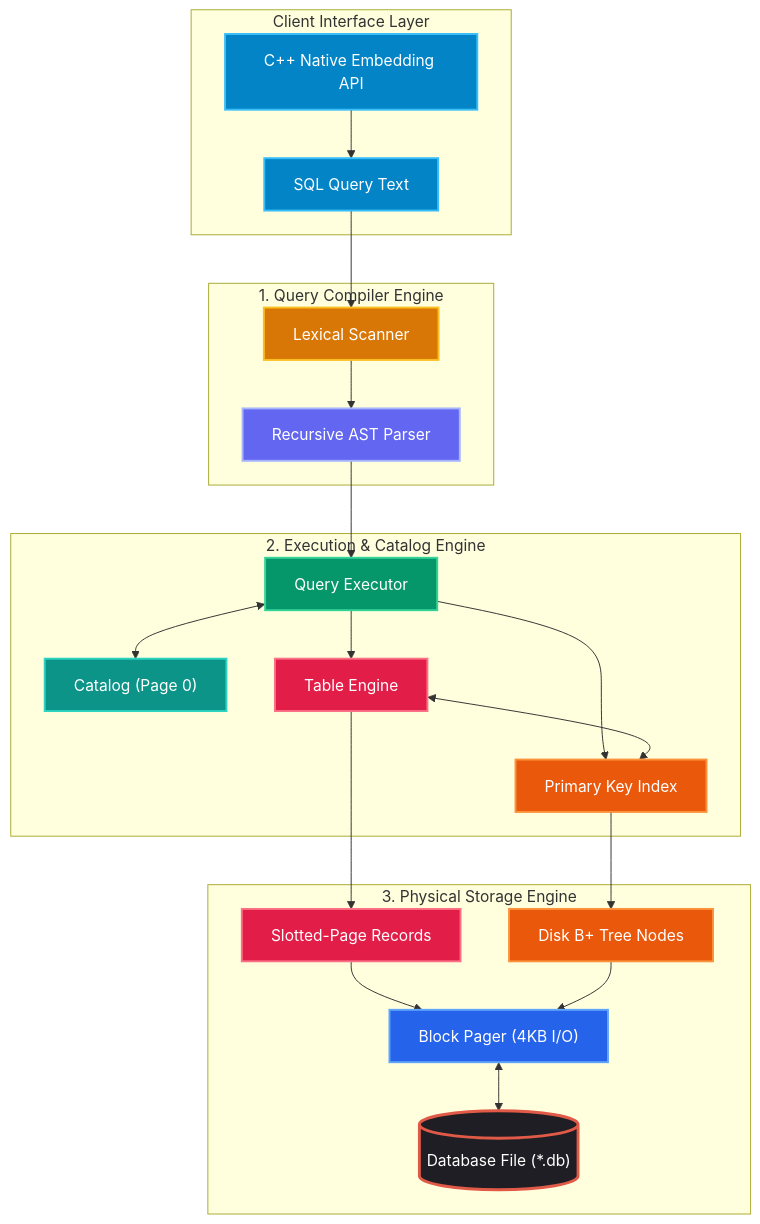
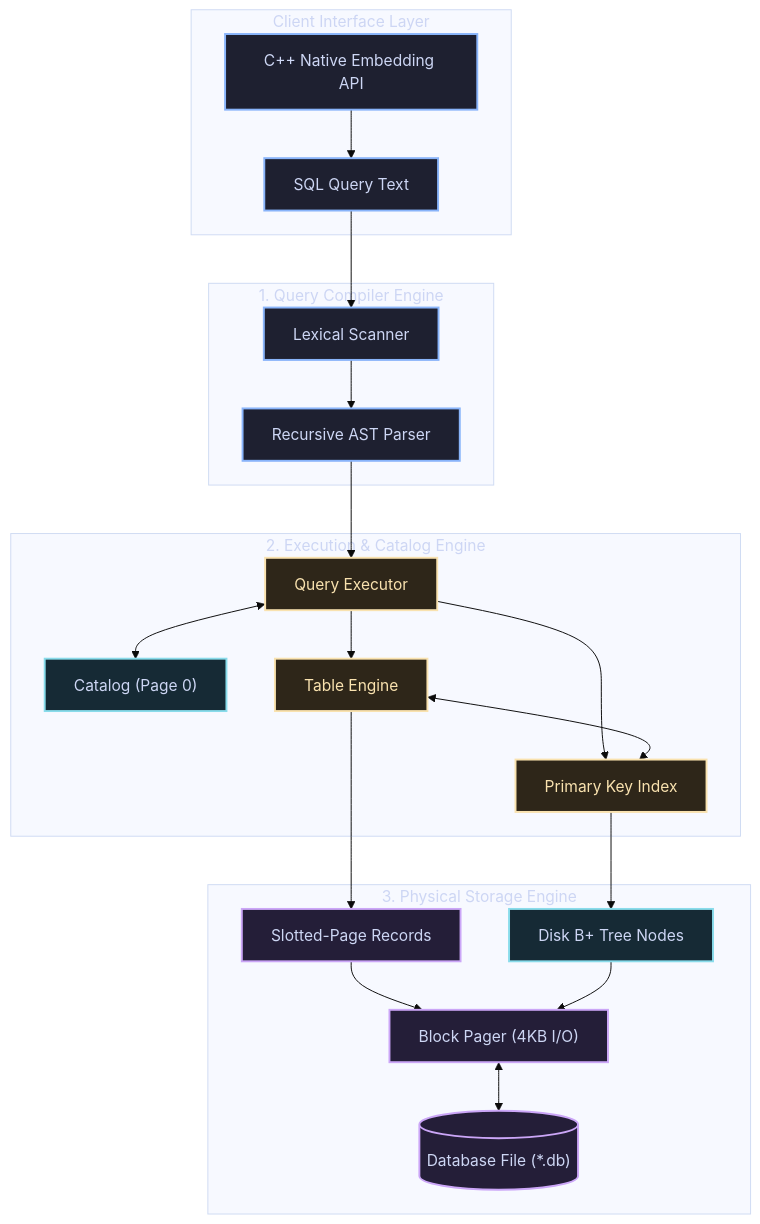
One commit to KAAZamapiloT/QUARTZ_DB changed the diagram in README.md. Above: the diagram before and after it, drawn with Mermaid. The commit also changed 18 other files, not shown here.

````diff
--- a/README.md
+++ b/README.md
@@ -30,52 +30,50 @@
 ```mermaid
+%%{init: {'theme': 'base', 'themeVariables': {'edgeLabelBackground': '#1e1e2e', 'tertiaryTextColor': '#cdd6f4'}}}%%
 flowchart TB
-    classDef client fill:#0284c7,stroke:#38bdf8,stroke-width:2px,color:#ffffff;
-    classDef lexer fill:#d97706,stroke:#fbbf24,stroke-width:2px,color:#ffffff;
-    classDef parser fill:#6366f1,stroke:#a5b4fc,stroke-width:2px,color:#ffffff;
-    classDef executor fill:#059669,stroke:#34d399,stroke-width:2px,color:#ffffff;
-    classDef catalog fill:#0d9488,stroke:#2dd4bf,stroke-width:2px,color:#ffffff;
-    classDef table fill:#e11d48,stroke:#fb7185,stroke-width:2px,color:#ffffff;
-    classDef index fill:#ea580c,stroke:#fb923c,stroke-width:2px,color:#ffffff;
-    classDef pager fill:#2563eb,stroke:#60a5fa,stroke-width:2px,color:#ffffff;
-    classDef disk fill:#1e1e24,stroke:#e05a47,stroke-width:3px,color:#ffffff;
+    classDef entry fill:#1e2030,stroke:#89b4fa,stroke-width:2px,color:#cdd6f4;
+    classDef guard fill:#2e2619,stroke:#f9e2af,stroke-width:2px,color:#f9e2af;
+    classDef success fill:#182c25,stroke:#a6e3a1,stroke-width:2px,color:#a6e3a1;
+    classDef error fill:#331c24,stroke:#f38ba8,stroke-width:2px,color:#f38ba8;
+    classDef disk fill:#241e38,stroke:#cba6f7,stroke-width:2px,color:#cdd6f4;
+    classDef shared fill:#162a35,stroke:#89dceb,stroke-width:2px,color:#cdd6f4;
 
     subgraph Client ["Client Interface Layer"]
-        SQL["SQL Query Text"]:::client
-        CPP["C++ Native Embedding API"]:::client
+        SQL["SQL Query Text"]:::entry
+        CPP["C++ Native Embedding API"]:::entry
     end
 
     subgraph Compiler ["1. Query Compiler Engine"]
-        LEX["Lexical Scanner"]:::lexer
-        PARSE["Recursive AST Parser"]:::parser
+        LEX["Lexical Scanner"]:::entry
+        PARSE["Recursive AST Parser"]:::entry
         SQL --> LEX
         LEX --> PARSE
     end
 
     subgraph Runtime ["2. Execution & Catalog Engine"]
-        EXEC["Query Executor"]:::executor
-        CATALOG["Catalog (Page 0)"]:::catalog
-        TABLE["Table Engine"]:::table
-        INDEX["Primary Key Index"]:::index
+        EXEC["Query Executor"]:::guard
+        CATALOG["Catalog (Page 0)"]:::shared
+        TABLE["Table Engine"]:::guard
+        INDEX["Primary Key Index"]:::guard
 
         PARSE --> EXEC
         EXEC <--> CATALOG
         EXEC --> TABLE
         EXEC --> INDEX
         TABLE <--> INDEX
     end
 
     subgraph Storage ["3. Physical Storage Engine"]
-        SLOT["Slotted-Page Records"]:::table
-        BPT["Disk B+ Tree Nodes"]:::index
-        PAGER["Block Pager (4KB I/O)"]:::pager
+        SLOT["Slotted-Page Records"]:::disk
+        BPT["Disk B+ Tree Nodes"]:::shared
+        PAGER["Block Pager (4KB I/O)"]:::disk
         DISK[("Database File (*.db)")]:::disk
 
         TABLE --> SLOT
         INDEX --> BPT
         SLOT --> PAGER
         BPT --> PAGER
         PAGER <--> DISK
     end
 
     CPP --> SQL
 ```
````
